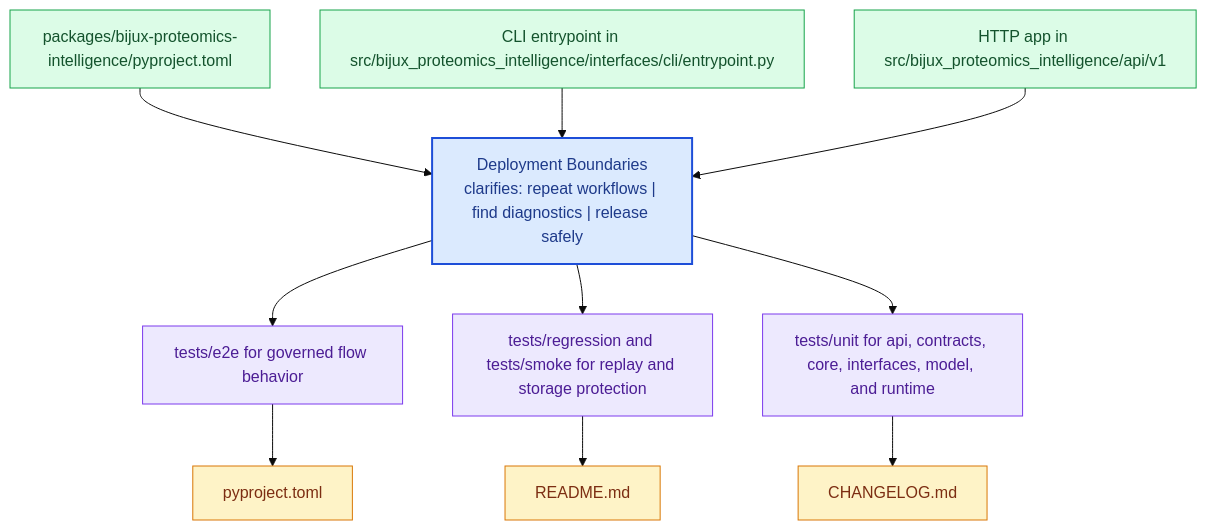
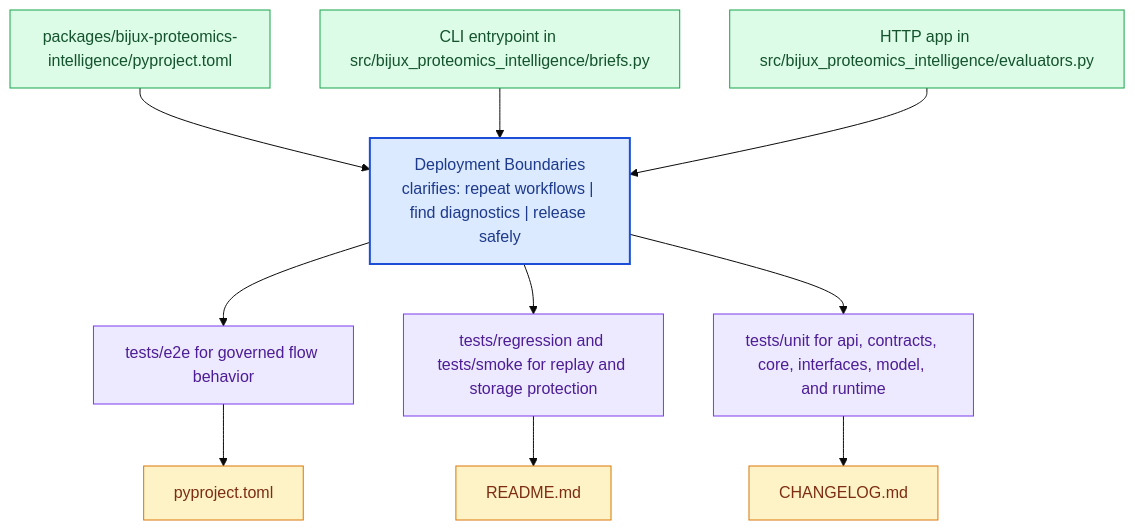
One commit to bijux/bijux-proteomics changed the diagram in docs/bijux-proteomics-intelligence/operations/deployment-boundaries.md. Above: the diagram before and after it, drawn with Mermaid (base theme). The commit also changed 24 other files, not shown here.

Commit message:
docs(bijux-proteomics-intelligence): align handbook with ranking and decision responsibilities

````diff
--- a/docs/bijux-proteomics-intelligence/operations/deployment-boundaries.md
+++ b/docs/bijux-proteomics-intelligence/operations/deployment-boundaries.md
@@ -22,31 +22,31 @@
 ```mermaid
 flowchart TB
     page["Deployment Boundaries<br/>clarifies: repeat workflows | find diagnostics | release safely"]
     classDef page fill:#dbeafe,stroke:#1d4ed8,color:#1e3a8a,stroke-width:2px;
     classDef positive fill:#dcfce7,stroke:#16a34a,color:#14532d;
     classDef caution fill:#fee2e2,stroke:#dc2626,color:#7f1d1d;
     classDef anchor fill:#ede9fe,stroke:#7c3aed,color:#4c1d95;
     classDef action fill:#fef3c7,stroke:#d97706,color:#7c2d12;
     step1["packages/bijux-proteomics-intelligence/pyproject.toml"]
     step1 --> page
-    step2["CLI entrypoint in src/bijux_proteomics_intelligence/interfaces/cli/entrypoint.py"]
+    step2["CLI entrypoint in src/bijux_proteomics_intelligence/briefs.py"]
     step2 --> page
-    step3["HTTP app in src/bijux_proteomics_intelligence/api/v1"]
+    step3["HTTP app in src/bijux_proteomics_intelligence/evaluators.py"]
     step3 --> page
     run1["tests/e2e for governed flow behavior"]
     page --> run1
     run2["tests/regression and tests/smoke for replay and storage protection"]
     page --> run2
     run3["tests/unit for api, contracts, core, interfaces, model, and runtime"]
     page --> run3
     release1["pyproject.toml"]
     run1 --> release1
     release2["README.md"]
     run2 --> release2
     release3["CHANGELOG.md"]
     run3 --> release3
     class page page;
     class step1,step2,step3 positive;
     class run1,run2,run3 anchor;
     class release1,release2,release3 action;
 ```
````
